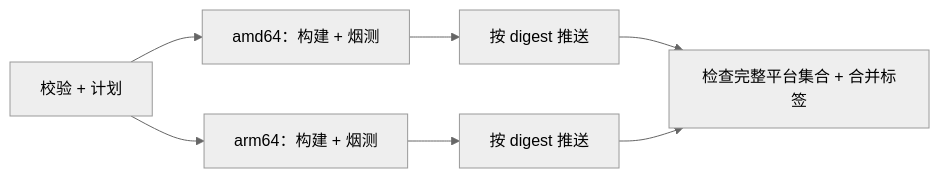
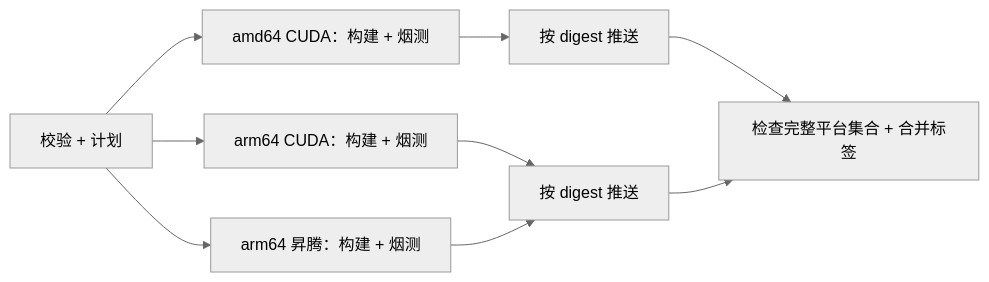
Before and after one commit to DKUAV/images: the second of 2 diagrams in README_zh.md, drawn with Mermaid (neutral theme). The commit also changed other lines of this file and 12 other files, not shown here.

````diff
--- a/README_zh.md
+++ b/README_zh.md
@@ -88,9 +88,11 @@
 ```mermaid
 graph LR
-  P["校验 + 计划"] --> A["amd64：构建 + 烟测"]
-  P --> B["arm64：构建 + 烟测"]
+  P["校验 + 计划"] --> A["amd64 CUDA：构建 + 烟测"]
+  P --> B["arm64 CUDA：构建 + 烟测"]
   A --> X["按 digest 推送"]
   B --> Y["按 digest 推送"]
+  P --> C["arm64 昇腾：构建 + 烟测"]
+  C --> Y
   X --> M["检查完整平台集合 + 合并标签"]
   Y --> M
 ```
````
